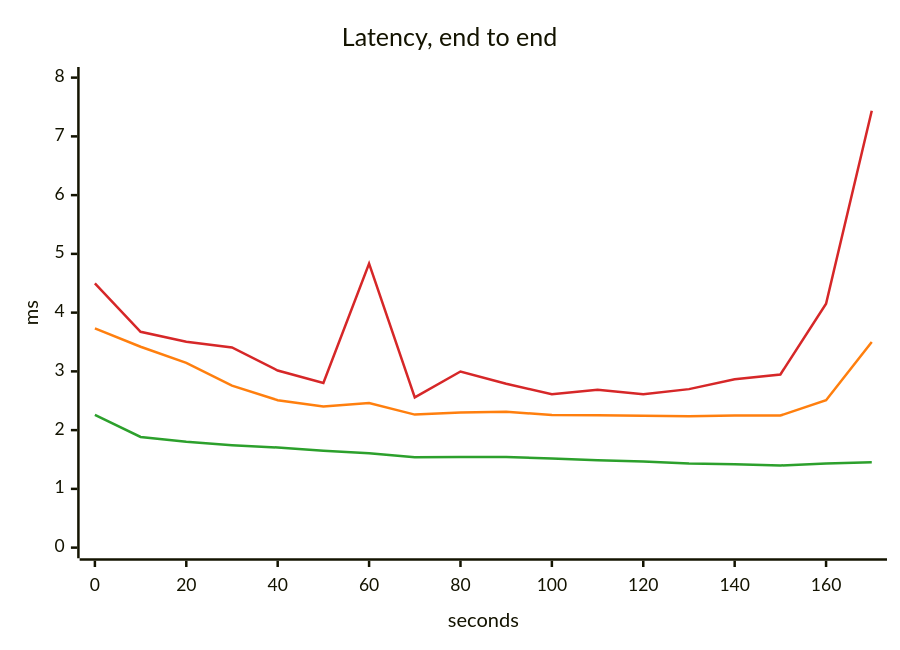
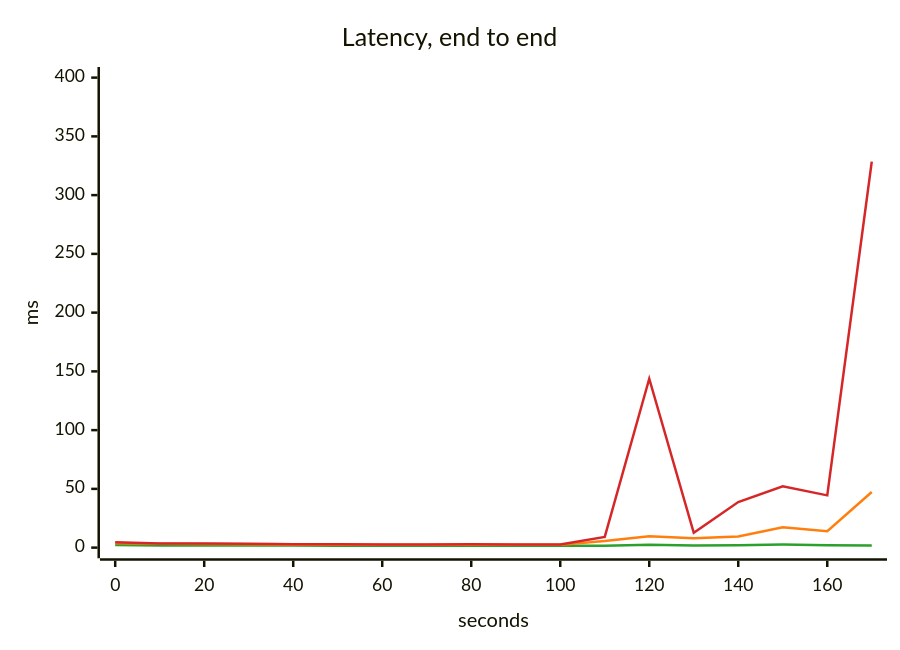
Before and after one commit to akinfemi/load-lore: the third of 5 diagrams in scenarios/stale-orders/solutions/bigger-replica/report.md, drawn with Mermaid. The commit also changed other lines of this file and 71 other files, not shown here.

````diff
--- a/scenarios/stale-orders/solutions/bigger-replica/report.md
+++ b/scenarios/stale-orders/solutions/bigger-replica/report.md
@@ -58,16 +59,16 @@
 ```mermaid
 ---
 config:
   themeVariables:
     xyChart:
       backgroundColor: "transparent"
       plotColorPalette: "#2ca02c, #ff7f0e, #d62728"
 ---
 xychart-beta
     title "Latency, end to end"
     x-axis "seconds" 0 --> 170
-    y-axis "ms" 0 --> 8
-    line [2.259, 1.883, 1.801, 1.744, 1.704, 1.649, 1.608, 1.54, 1.543, 1.542, 1.517, 1.488, 1.468, 1.433, 1.42, 1.398, 1.432, 1.453]
-    line [3.733, 3.419, 3.144, 2.756, 2.509, 2.404, 2.46, 2.264, 2.302, 2.314, 2.258, 2.252, 2.245, 2.236, 2.247, 2.248, 2.509, 3.501]
-    line [4.498, 3.674, 3.506, 3.407, 3.015, 2.801, 4.835, 2.558, 2.998, 2.79, 2.61, 2.688, 2.61, 2.698, 2.866, 2.947, 4.152, 7.437]
+    y-axis "ms" 0 --> 400
+    line [2.281, 1.89, 1.799, 1.747, 1.703, 1.685, 1.659, 1.651, 1.622, 1.609, 1.591, 1.696, 2.355, 1.863, 2.071, 2.604, 2.113, 1.76]
+    line [3.797, 3.372, 3.144, 2.8, 2.485, 2.424, 2.406, 2.408, 2.394, 2.351, 2.344, 5.561, 9.756, 7.887, 9.55, 17.274, 13.943, 47.388]
+    line [4.505, 3.612, 3.516, 3.364, 2.974, 2.809, 2.695, 2.762, 2.953, 2.576, 2.677, 9.123, 143.764, 12.62, 38.749, 52.163, 44.469, 328.566]
 ```
````
